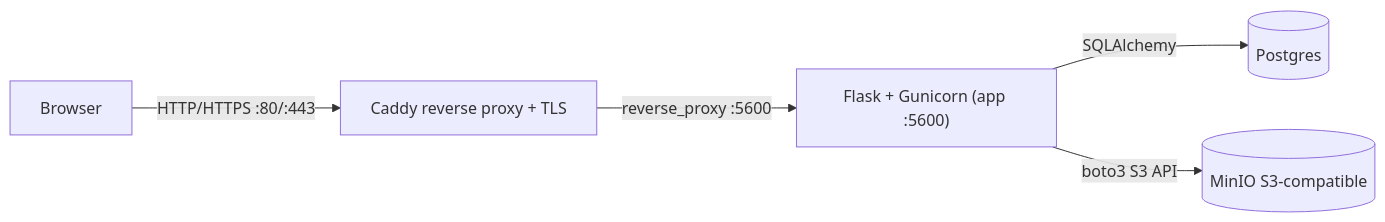
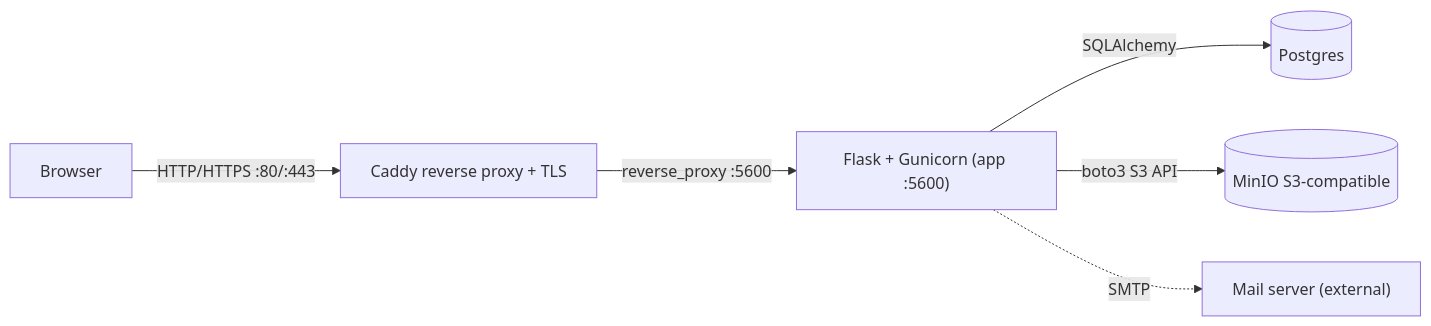
Before and after one commit to ChristopherBiel/TriviaQuiz: the first of 2 diagrams in docs/01-architecture.md, drawn with Mermaid. The commit also changed other lines of this file and 27 other files, not shown here.

````diff
--- a/docs/01-architecture.md
+++ b/docs/01-architecture.md
@@ -5,13 +5,14 @@
 ```mermaid
 flowchart LR
     Browser[Browser]
     Caddy["Caddy reverse proxy + TLS"]
     App["Flask + Gunicorn (app :5600)"]
     Postgres[(Postgres)]
     MinIO[("MinIO S3-compatible")]
 
     Browser -->|"HTTP/HTTPS :80/:443"| Caddy
     Caddy -->|"reverse_proxy :5600"| App
     App -->|SQLAlchemy| Postgres
     App -->|"boto3 S3 API"| MinIO
+    App -.->|SMTP| Mail["Mail server (external)"]
 ```
````
